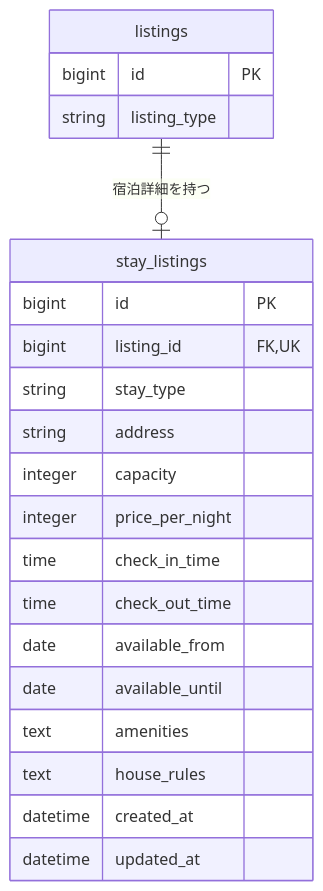
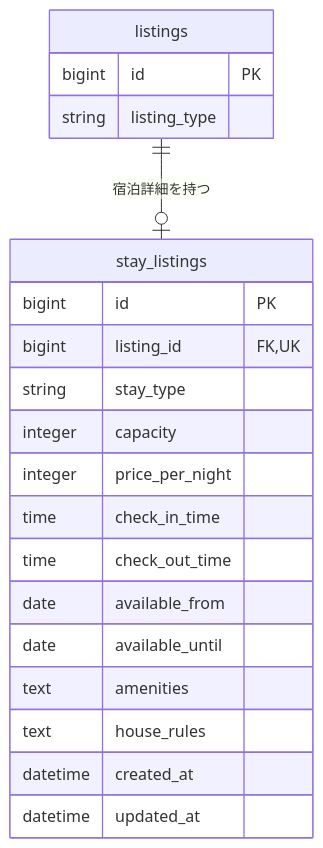
The fifth of 8 diagrams in docs/er/01-listing.md (t0kio2/community-hub), drawn with Mermaid before and after one commit. The commit also changed other lines of this file and 6 other files, not shown here.

````diff
--- a/docs/er/01-listing.md
+++ b/docs/er/01-listing.md
@@ -115,26 +170,25 @@
 ```mermaid
 erDiagram
     listings {
         bigint id PK
         string listing_type
     }
 
     stay_listings {
         bigint id PK
         bigint listing_id FK, UK
         string stay_type
-        string address
         integer capacity
         integer price_per_night
         time check_in_time
         time check_out_time
         date available_from
         date available_until
         text amenities
         text house_rules
         datetime created_at
         datetime updated_at
     }
 
     listings ||--o| stay_listings : "宿泊詳細を持つ"
 ```
````
